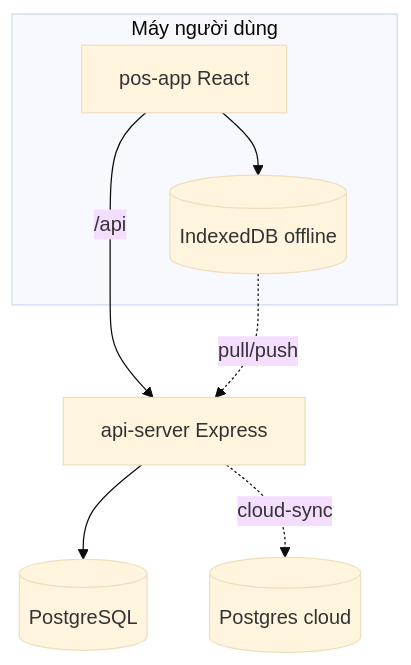
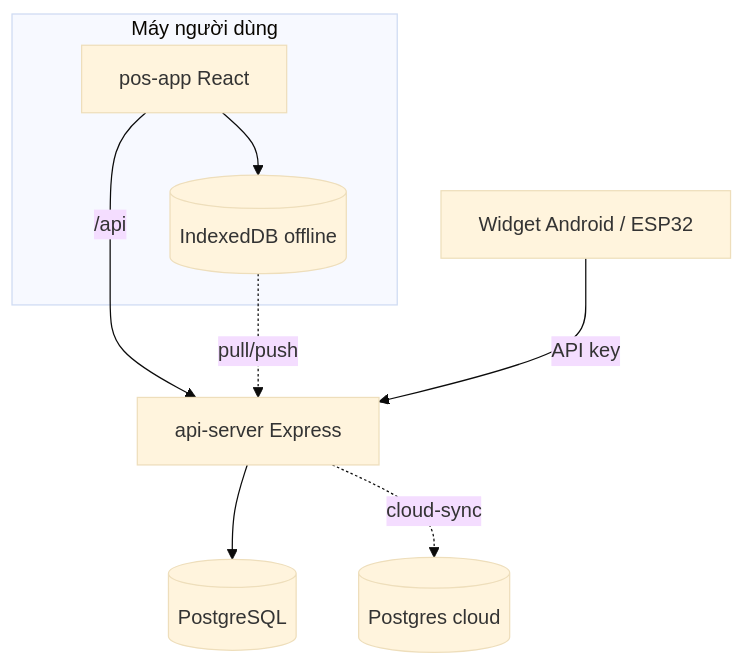
Before and after one commit to gd-chessman/VietPOS-Map: the diagram in docs/chuyen-de/kien-truc-he-thong/README.md, drawn with Mermaid (base theme). The commit also changed other lines of this file and 16 other files, not shown here.

````diff
--- a/docs/chuyen-de/kien-truc-he-thong/README.md
+++ b/docs/chuyen-de/kien-truc-he-thong/README.md
@@ -10,12 +10,20 @@
 ```mermaid
 flowchart TB
   subgraph may["Máy người dùng"]
     UI[pos-app React]
     IDB[(IndexedDB offline)]
   end
   UI --> IDB
   UI -->|"/api"| API[api-server Express]
   API --> PG[(PostgreSQL)]
   IDB -. pull/push .-> API
   API -. cloud-sync .-> CLOUD[(Postgres cloud)]
+  WIDGET[Widget Android / ESP32] -->|API key| API
+
+  click UI "../../trang/ban-hang-pos/README.md" "Màn POS"
+  click API "../../he-thong/01-kien-truc-runtime/README.md" "Runtime API"
+  click IDB "../offline-dong-bo/README.md" "Offline & đồng bộ"
+  click PG "../../chi-muc/co-so-du-lieu/README.md" "Schema Postgres"
+  click CLOUD "../../he-thong/04-docker-va-cloud-sync/README.md" "Docker & cloud-sync"
+  click WIDGET "../tro-ly-widget/README.md" "Widget & đếm khách"
 ```
````
